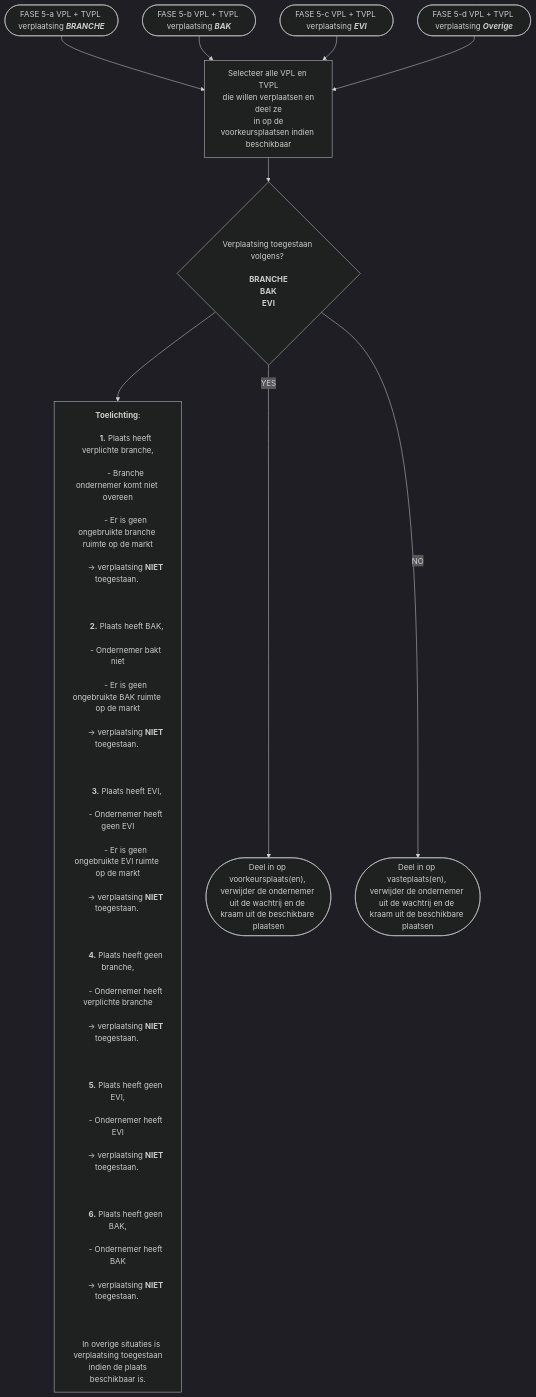
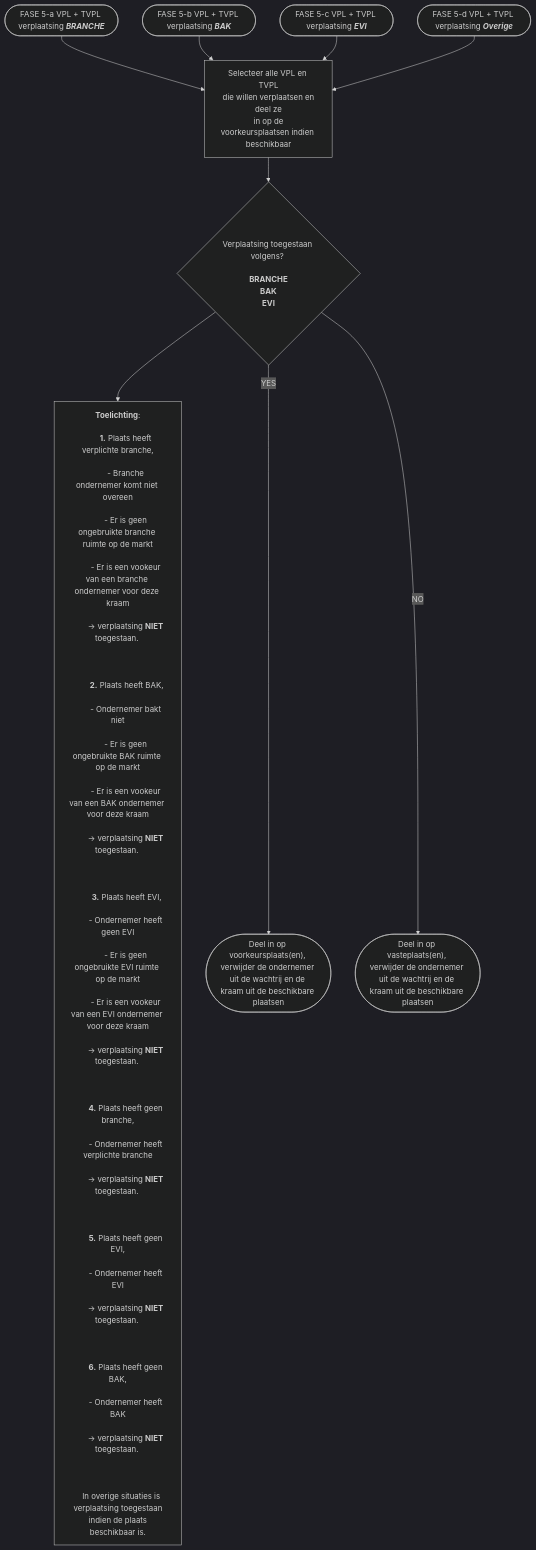
The diagram in diagrams/src/fase_5.mmd (Amsterdam/makkelijkemarkt-allocation), drawn with Mermaid (dark theme) before and after one commit. The commit also changed 1 other file, not shown here.

Commit message:
changed info in diagram phase 5

```diff
--- a/diagrams/src/fase_5.mmd
+++ b/diagrams/src/fase_5.mmd
@@ -1,46 +1,49 @@
 graph TD
     A([FASE 5-a VPL + TVPL verplaatsing <b><i>BRANCHE</i></b>]) -->
     B[Selecteer alle VPL en TVPL<br> die willen verplaatsen en deel ze<br> in op de voorkeursplaatsen indien beschikbaar] -->
     C{"Verplaatsing toegestaan volgens? <b><br><br>BRANCHE<br>BAK<br>EVI</b>"} --> NOTE
     C --YES--> D(["Deel in op voorkeursplaats(en), <br>verwijder de ondernemer uit de wachtrij en de kraam uit de beschikbare plaatsen"])
     C --NO--> E(["Deel in op vasteplaats(en), <br>verwijder de ondernemer uit de wachtrij en de kraam uit de beschikbare plaatsen"])
 
     A1([FASE 5-b VPL + TVPL verplaatsing <b><i>BAK</i></b>]) --> B
     
     A2([FASE 5-c VPL + TVPL verplaatsing <b><i>EVI</i></b>]) --> B
     
     A3([FASE 5-d VPL + TVPL verplaatsing <b><i>Overige</i></b>]) --> B
 
 
     NOTE["
     <b>Toelichting</b>:<br> 
         <b>1.</b> Plaats heeft verplichte branche,<br>
         - Branche ondernemer komt niet overeen<br>
         - Er is geen ongebruikte branche ruimte op de markt<br>
+        - Er is een vookeur van een branche ondernemer voor deze kraam<br>
         -> verplaatsing <b>NIET</b> toegestaan. <br><br>
 
         <b>2.</b> Plaats heeft BAK,<br>
         - Ondernemer bakt niet<br>
         - Er is geen ongebruikte BAK ruimte op de markt<br>
+        - Er is een vookeur van een BAK ondernemer voor deze kraam<br>
         -> verplaatsing <b>NIET</b> toegestaan. <br><br>
 
         <b>3.</b> Plaats heeft EVI,<br>
         - Ondernemer heeft geen EVI<br>
         - Er is geen ongebruikte EVI ruimte op de markt<br>
+        - Er is een vookeur van een EVI ondernemer voor deze kraam<br>
         -> verplaatsing <b>NIET</b> toegestaan. <br><br>
 
         <b>4.</b> Plaats heeft geen branche,<br>
         - Ondernemer heeft verplichte branche<br>
         -> verplaatsing <b>NIET</b> toegestaan. <br><br>
 
         <b>5.</b> Plaats heeft geen EVI,<br>
         - Ondernemer heeft EVI<br>
         -> verplaatsing <b>NIET</b> toegestaan. <br><br>
 
         <b>6.</b> Plaats heeft geen BAK,<br>
         - Ondernemer heeft BAK<br>
         -> verplaatsing <b>NIET</b> toegestaan. <br><br>
 
     In overige situaties is verplaatsing toegestaan<br> indien de plaats beschikbaar is.
 
     "]
```
